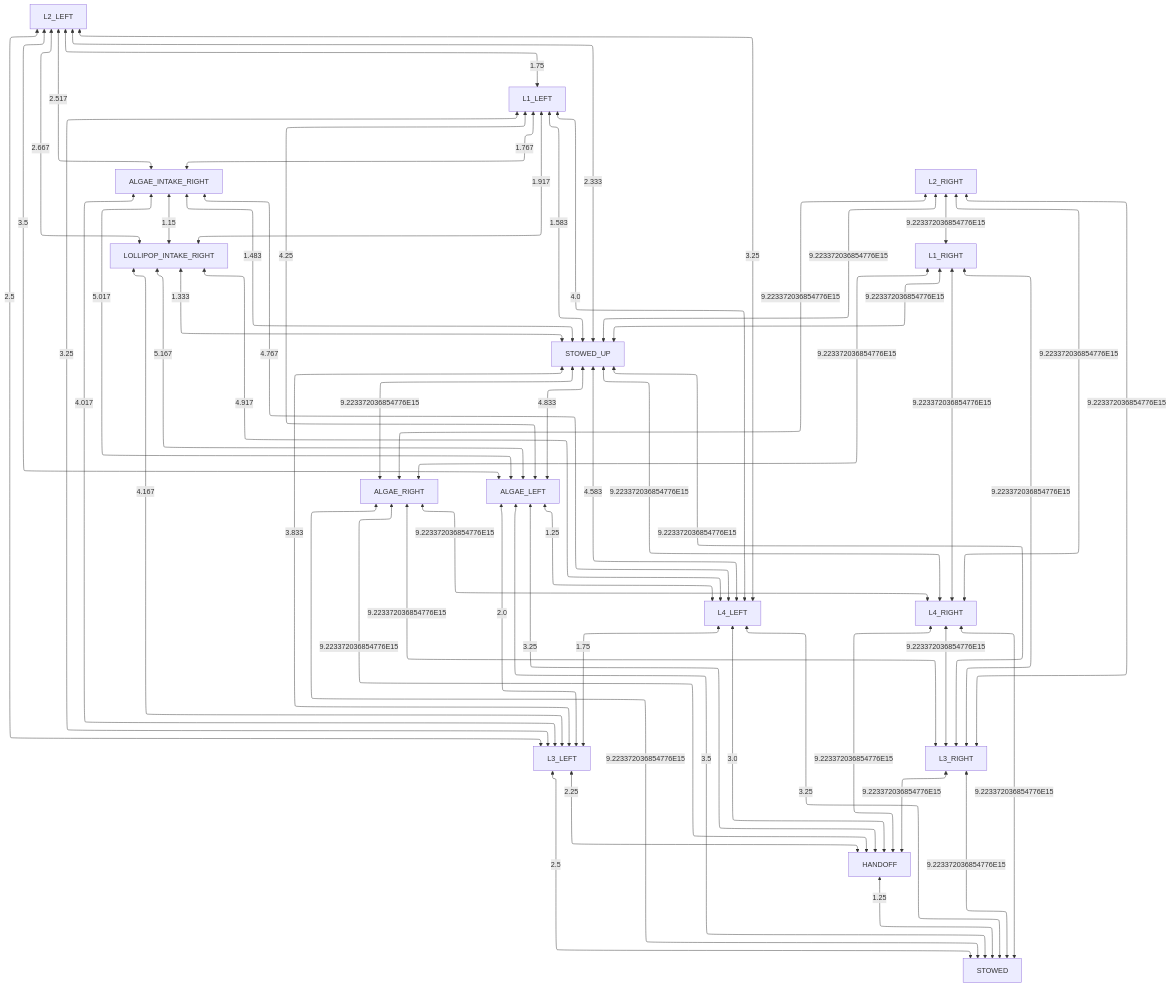
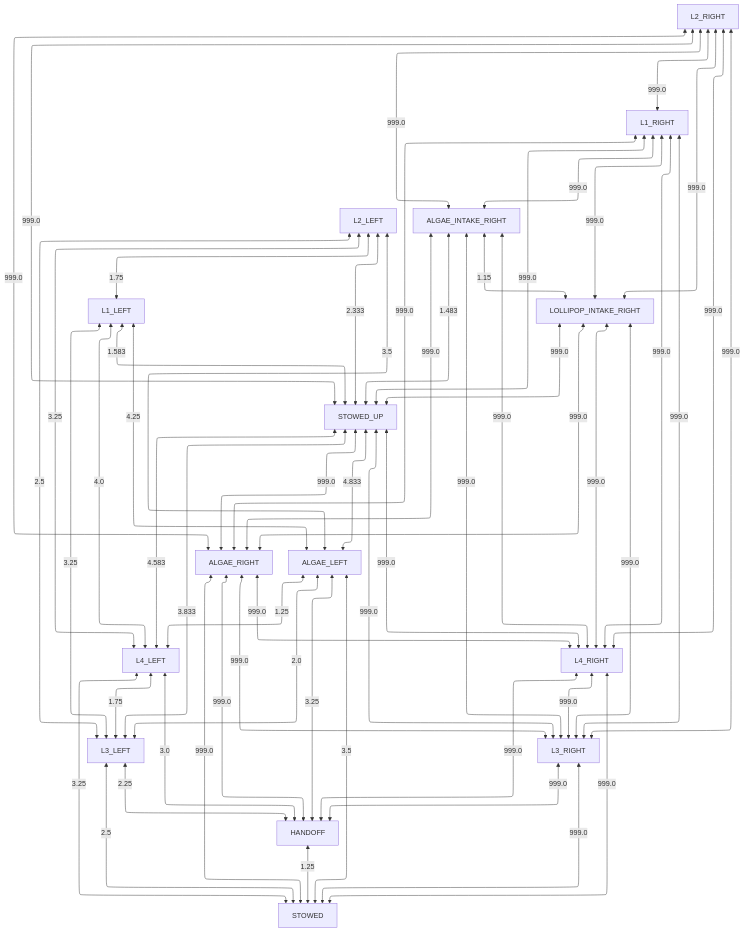
One commit to team581/offseason-2025-comp changed the diagram in docs/collision_avoidance/right_obstructed.md. Above: the diagram before and after it, drawn with Mermaid. The commit also changed 3 other files, not shown here.

Commit message:
Improve output of graph visualizer for infinite cost edges

````diff
--- a/docs/collision_avoidance/right_obstructed.md
+++ b/docs/collision_avoidance/right_obstructed.md
@@ -3,61 +3,61 @@
 ```mermaid
 %%{ init: { "flowchart": { "defaultRenderer": "elk" } } }%%
 graph TD
 
 HANDOFF <-- 1.25 --> STOWED
 L3_LEFT <-- 2.5 --> STOWED
-L3_RIGHT <-- 9.223372036854776E15 --> STOWED
+L3_RIGHT <-- 999.0 --> STOWED
 L4_LEFT <-- 3.25 --> STOWED
-L4_RIGHT <-- 9.223372036854776E15 --> STOWED
-ALGAE_RIGHT <-- 9.223372036854776E15 --> STOWED
+L4_RIGHT <-- 999.0 --> STOWED
+ALGAE_RIGHT <-- 999.0 --> STOWED
 ALGAE_LEFT <-- 3.5 --> STOWED
 L3_LEFT <-- 2.25 --> HANDOFF
-L3_RIGHT <-- 9.223372036854776E15 --> HANDOFF
+L3_RIGHT <-- 999.0 --> HANDOFF
 L4_LEFT <-- 3.0 --> HANDOFF
-L4_RIGHT <-- 9.223372036854776E15 --> HANDOFF
+L4_RIGHT <-- 999.0 --> HANDOFF
 ALGAE_LEFT <-- 3.25 --> HANDOFF
-ALGAE_RIGHT <-- 9.223372036854776E15 --> HANDOFF
+ALGAE_RIGHT <-- 999.0 --> HANDOFF
 STOWED_UP <-- 3.833 --> L3_LEFT
-ALGAE_INTAKE_RIGHT <-- 4.017 --> L3_LEFT
-LOLLIPOP_INTAKE_RIGHT <-- 4.167 --> L3_LEFT
 L1_LEFT <-- 3.25 --> L3_LEFT
 L2_LEFT <-- 2.5 --> L3_LEFT
 L4_LEFT <-- 1.75 --> L3_LEFT
 ALGAE_LEFT <-- 2.0 --> L3_LEFT
-STOWED_UP <-- 9.223372036854776E15 --> L3_RIGHT
-L1_RIGHT <-- 9.223372036854776E15 --> L3_RIGHT
-L2_RIGHT <-- 9.223372036854776E15 --> L3_RIGHT
-L4_RIGHT <-- 9.223372036854776E15 --> L3_RIGHT
-ALGAE_RIGHT <-- 9.223372036854776E15 --> L3_RIGHT
+STOWED_UP <-- 999.0 --> L3_RIGHT
+ALGAE_INTAKE_RIGHT <-- 999.0 --> L3_RIGHT
+LOLLIPOP_INTAKE_RIGHT <-- 999.0 --> L3_RIGHT
+L1_RIGHT <-- 999.0 --> L3_RIGHT
+L2_RIGHT <-- 999.0 --> L3_RIGHT
+L4_RIGHT <-- 999.0 --> L3_RIGHT
+ALGAE_RIGHT <-- 999.0 --> L3_RIGHT
 STOWED_UP <-- 4.583 --> L4_LEFT
-ALGAE_INTAKE_RIGHT <-- 4.767 --> L4_LEFT
-LOLLIPOP_INTAKE_RIGHT <-- 4.917 --> L4_LEFT
 L1_LEFT <-- 4.0 --> L4_LEFT
 L2_LEFT <-- 3.25 --> L4_LEFT
 ALGAE_LEFT <-- 1.25 --> L4_LEFT
-STOWED_UP <-- 9.223372036854776E15 --> L4_RIGHT
-L1_RIGHT <-- 9.223372036854776E15 --> L4_RIGHT
-L2_RIGHT <-- 9.223372036854776E15 --> L4_RIGHT
-ALGAE_RIGHT <-- 9.223372036854776E15 --> L4_RIGHT
-STOWED_UP <-- 9.223372036854776E15 --> ALGAE_RIGHT
-L1_RIGHT <-- 9.223372036854776E15 --> ALGAE_RIGHT
-L2_RIGHT <-- 9.223372036854776E15 --> ALGAE_RIGHT
+STOWED_UP <-- 999.0 --> L4_RIGHT
+ALGAE_INTAKE_RIGHT <-- 999.0 --> L4_RIGHT
+LOLLIPOP_INTAKE_RIGHT <-- 999.0 --> L4_RIGHT
+L1_RIGHT <-- 999.0 --> L4_RIGHT
+L2_RIGHT <-- 999.0 --> L4_RIGHT
+ALGAE_RIGHT <-- 999.0 --> L4_RIGHT
+STOWED_UP <-- 999.0 --> ALGAE_RIGHT
+ALGAE_INTAKE_RIGHT <-- 999.0 --> ALGAE_RIGHT
+LOLLIPOP_INTAKE_RIGHT <-- 999.0 --> ALGAE_RIGHT
+L1_RIGHT <-- 999.0 --> ALGAE_RIGHT
+L2_RIGHT <-- 999.0 --> ALGAE_RIGHT
 STOWED_UP <-- 4.833 --> ALGAE_LEFT
-ALGAE_INTAKE_RIGHT <-- 5.017 --> ALGAE_LEFT
-LOLLIPOP_INTAKE_RIGHT <-- 5.167 --> ALGAE_LEFT
 L1_LEFT <-- 4.25 --> ALGAE_LEFT
 L2_LEFT <-- 3.5 --> ALGAE_LEFT
-LOLLIPOP_INTAKE_RIGHT <-- 1.333 --> STOWED_UP
+LOLLIPOP_INTAKE_RIGHT <-- 999.0 --> STOWED_UP
 ALGAE_INTAKE_RIGHT <-- 1.483 --> STOWED_UP
 L1_LEFT <-- 1.583 --> STOWED_UP
 L2_LEFT <-- 2.333 --> STOWED_UP
-L1_RIGHT <-- 9.223372036854776E15 --> STOWED_UP
-L2_RIGHT <-- 9.223372036854776E15 --> STOWED_UP
+L1_RIGHT <-- 999.0 --> STOWED_UP
+L2_RIGHT <-- 999.0 --> STOWED_UP
 ALGAE_INTAKE_RIGHT <-- 1.15 --> LOLLIPOP_INTAKE_RIGHT
-L1_LEFT <-- 1.917 --> LOLLIPOP_INTAKE_RIGHT
-L2_LEFT <-- 2.667 --> LOLLIPOP_INTAKE_RIGHT
-L1_LEFT <-- 1.767 --> ALGAE_INTAKE_RIGHT
-L2_LEFT <-- 2.517 --> ALGAE_INTAKE_RIGHT
+L1_RIGHT <-- 999.0 --> LOLLIPOP_INTAKE_RIGHT
+L2_RIGHT <-- 999.0 --> LOLLIPOP_INTAKE_RIGHT
+L1_RIGHT <-- 999.0 --> ALGAE_INTAKE_RIGHT
+L2_RIGHT <-- 999.0 --> ALGAE_INTAKE_RIGHT
 L2_LEFT <-- 1.75 --> L1_LEFT
-L2_RIGHT <-- 9.223372036854776E15 --> L1_RIGHT
+L2_RIGHT <-- 999.0 --> L1_RIGHT
 ```
````
